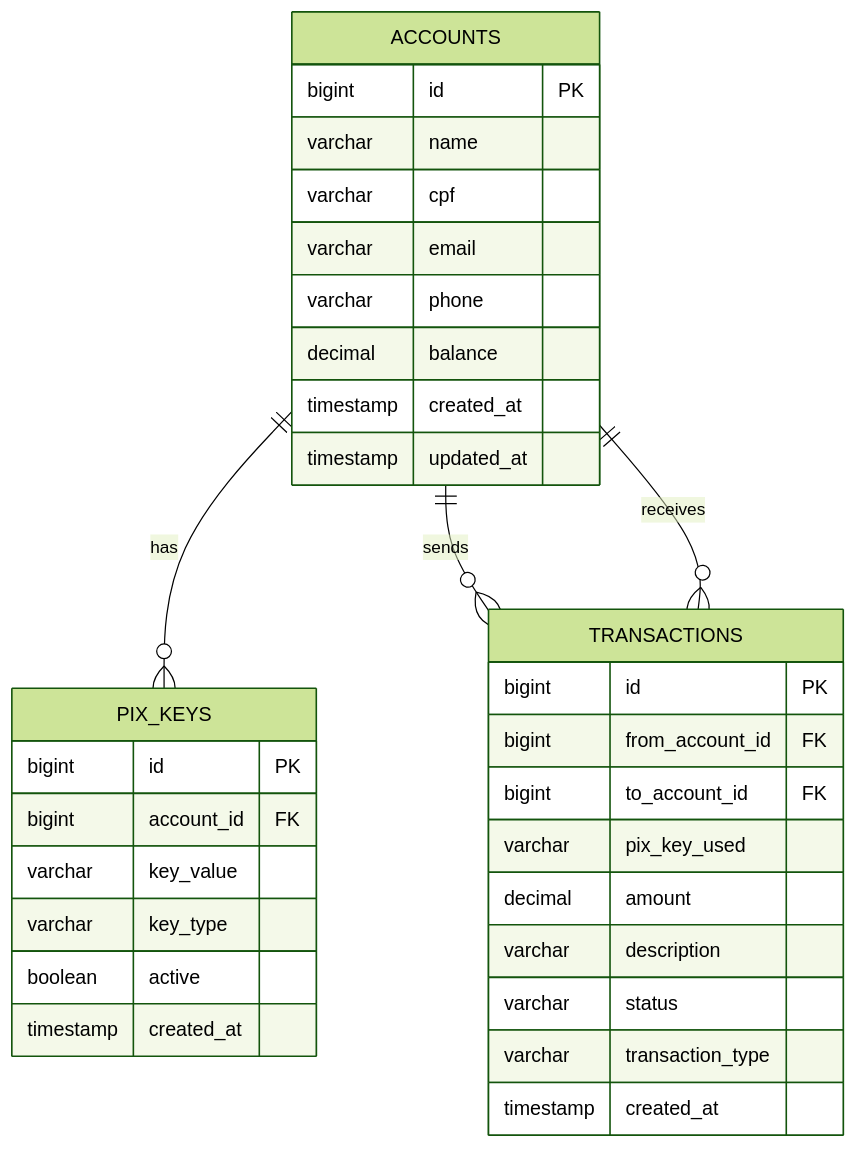
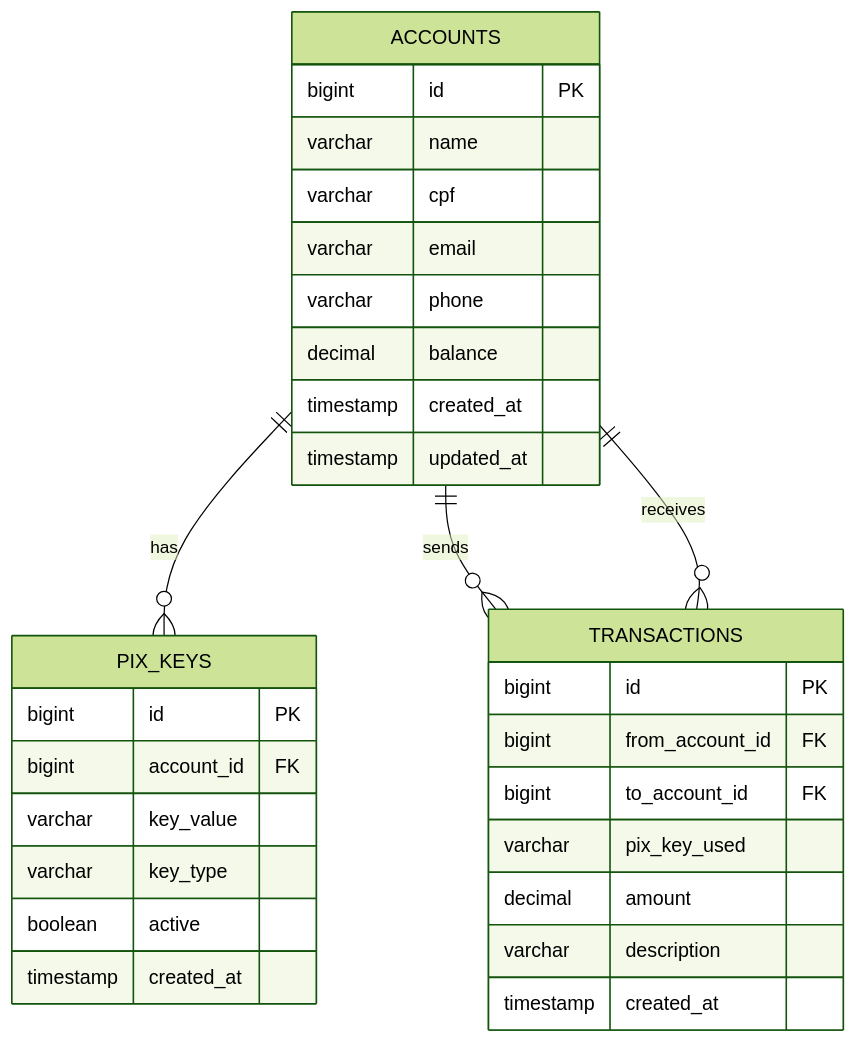
One commit to misaelborges/pix-system changed the third of 3 diagrams in README.md. Above: the diagram before and after it, drawn with Mermaid (forest theme). The commit also changed other lines of this file, not shown here.

````diff
--- a/README.md
+++ b/README.md
@@ -402,38 +389,36 @@
 ```mermaid
 erDiagram
     ACCOUNTS {
         bigint id PK
         varchar name
         varchar cpf
         varchar email
         varchar phone
         decimal balance
         timestamp created_at
         timestamp updated_at
     }
     
     PIX_KEYS {
         bigint id PK
         bigint account_id FK
         varchar key_value
         varchar key_type
         boolean active
         timestamp created_at
     }
     
     TRANSACTIONS {
         bigint id PK
         bigint from_account_id FK
         bigint to_account_id FK
         varchar pix_key_used
         decimal amount
         varchar description
-        varchar status
-        varchar transaction_type
         timestamp created_at
     }
     
     ACCOUNTS ||--o{ PIX_KEYS : has
     ACCOUNTS ||--o{ TRANSACTIONS : sends
     ACCOUNTS ||--o{ TRANSACTIONS : receives
 ```
````
